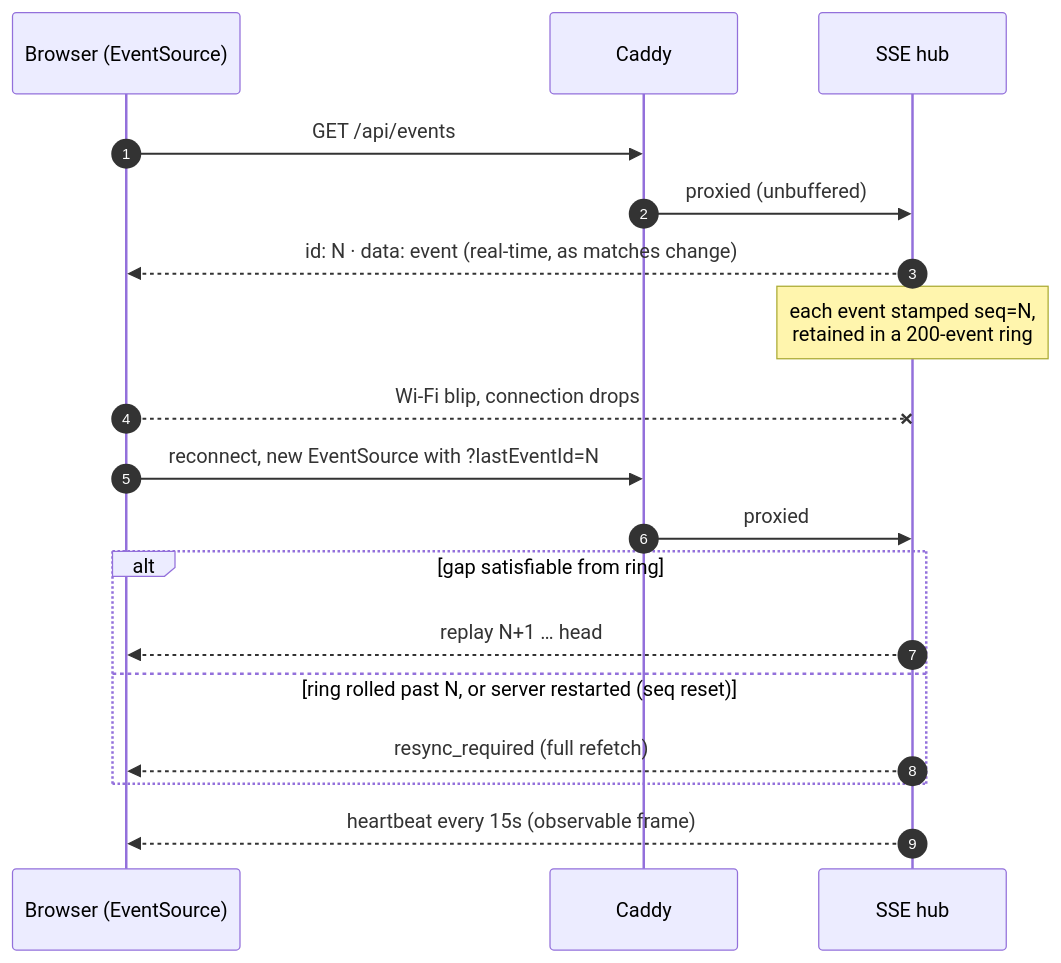
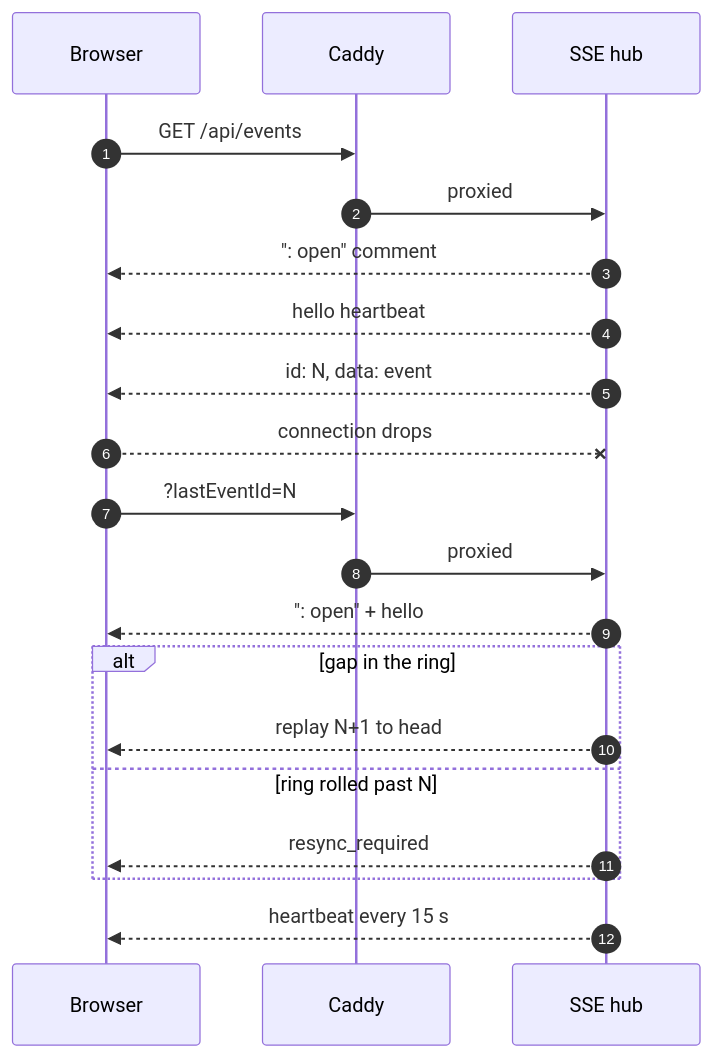
One commit to gitrgoliveira/bracket-creator changed the third of 9 diagrams in docs/architecture/network-architecture.md. Above: the diagram before and after it, drawn with Mermaid. The commit also changed other lines of this file and 49 other files, not shown here.

First line of the commit message:
fix(bc-arch): one transaction for participant edits; WAL stale-log guard; architecture docs

````diff
--- a/docs/architecture/network-architecture.md
+++ b/docs/architecture/network-architecture.md
@@ -96,21 +98,23 @@
 ```mermaid
 sequenceDiagram
     autonumber
-    participant B as Browser (EventSource)
+    participant B as Browser
     participant C as Caddy
     participant H as SSE hub
 
     B->>C: GET /api/events
-    C->>H: proxied (unbuffered)
-    H-->>B: id: N · data: event   (real-time, as matches change)
-    Note over H: each event stamped seq=N,<br/>retained in a 200-event ring
-    B--xH: Wi-Fi blip, connection drops
-    B->>C: reconnect, new EventSource with ?lastEventId=N
     C->>H: proxied
-    alt gap satisfiable from ring
-        H-->>B: replay N+1 … head
-    else ring rolled past N, or server restarted (seq reset)
-        H-->>B: resync_required (full refetch)
+    H-->>B: ": open" comment
+    H-->>B: hello heartbeat
+    H-->>B: id: N, data: event
+    B--xH: connection drops
+    B->>C: ?lastEventId=N
+    C->>H: proxied
+    H-->>B: ": open" + hello
+    alt gap in the ring
+        H-->>B: replay N+1 to head
+    else ring rolled past N
+        H-->>B: resync_required
     end
-    H-->>B: heartbeat every 15s (observable frame)
+    H-->>B: heartbeat every 15 s
 ```
````
